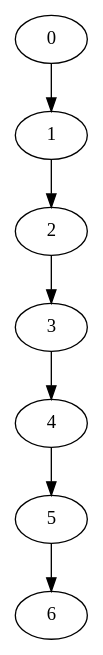
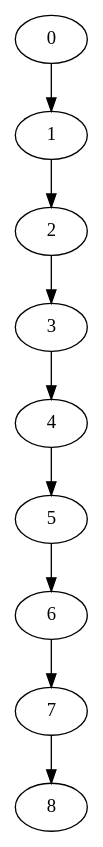
The diagram in src/systemtest/resources/mapFiles/travelMultipleVertices_map.dot (sleeepyskies/saarvive-selab23), drawn with Graphviz before and after one commit. The commit also changed 3 other files, not shown here.

```diff
--- a/src/systemtest/resources/mapFiles/travelMultipleVertices_map.dot
+++ b/src/systemtest/resources/mapFiles/travelMultipleVertices_map.dot
@@ -1,17 +1,21 @@
 digraph G {
 	0;
 	1;
 	2;
 	3;
 	4;
 	5;
 	6;
+	7;
+	8;
 
 	0 -> 1 [village=VillageA; name=Valley_Path; heightLimit=3; weight=2; primaryType=mainStreet; secondaryType=none;];
 	1 -> 2 [village=VillageA; name=By_the_Pond; heightLimit=3; weight=2; primaryType=sideStreet; secondaryType=none;];
 	2 -> 3 [village=VillageA; name=Corner_Alley; heightLimit=3; weight=2; primaryType=sideStreet; secondaryType=none;];
 	3 -> 4 [village=VillageA; name=Post_Road; heightLimit=3; weight=2; primaryType=sideStreet; secondaryType=none;];
 	4 -> 5 [village=VillageA; name=Meadow_Way; heightLimit=3; weight=2; primaryType=sideStreet; secondaryType=none;];
 	5 -> 6 [village=VillageA; name=Fir_Way; heightLimit=3; weight=2; primaryType=mainStreet; secondaryType=none;];
+	6 -> 7 [village=VillageA; name=Fir_Way_Two; heightLimit=3; weight=2; primaryType=mainStreet; secondaryType=none;];
+	7 -> 8 [village=VillageA; name=Fir_Way_Three; heightLimit=3; weight=2; primaryType=mainStreet; secondaryType=none;];
 
 }
```
